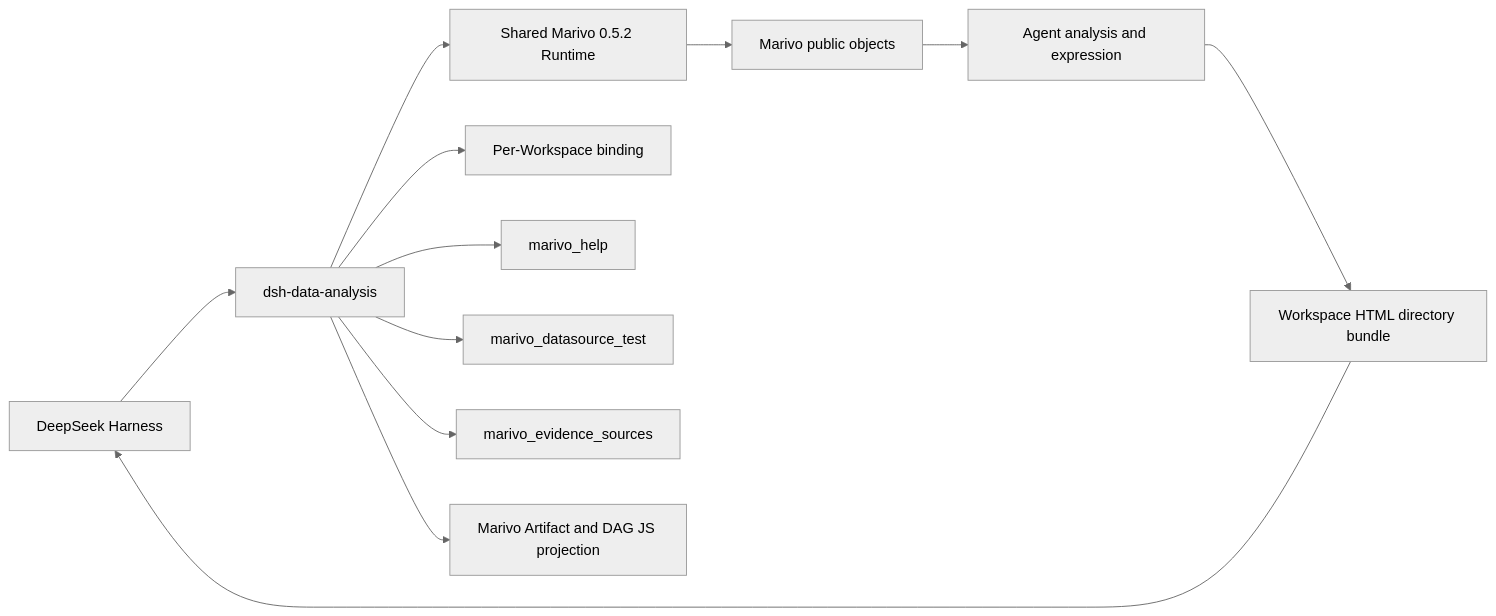
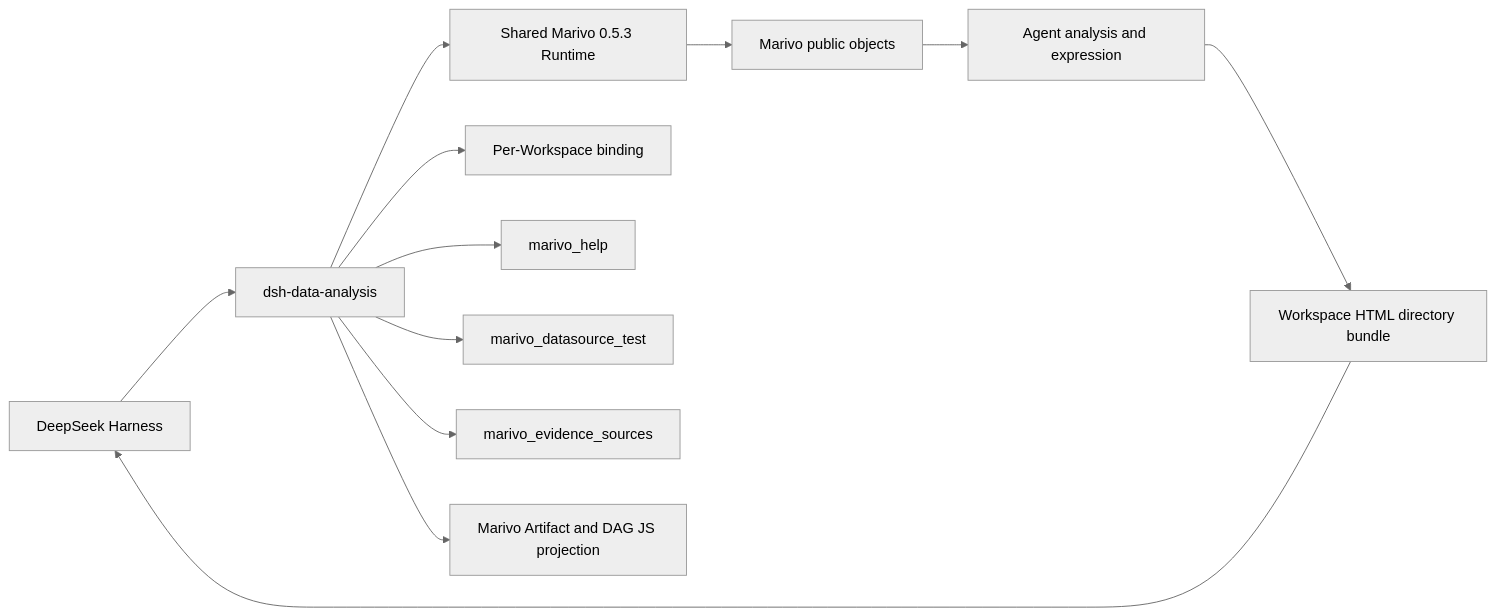
Before and after one commit to chengxianglibra/dsh-data-analysis: the diagram in docs/architecture.md, drawn with Mermaid (neutral theme). The commit also changed other lines of this file and 74 other files, not shown here.

````diff
--- a/docs/architecture.md
+++ b/docs/architecture.md
@@ -9,14 +9,14 @@
 ```mermaid
 flowchart LR
   D[DeepSeek Harness] --> P[dsh-data-analysis]
-  P --> R[Shared Marivo 0.5.2 Runtime]
+  P --> R[Shared Marivo 0.5.3 Runtime]
   P --> W[Per-Workspace binding]
   P --> H[marivo_help]
   P --> T[marivo_datasource_test]
   P --> E[marivo_evidence_sources]
   P --> J[Marivo Artifact and DAG JS projection]
   R --> M[Marivo public objects]
   M --> A[Agent analysis and expression]
   A --> F[Workspace HTML directory bundle]
   F --> D
 ```
````
